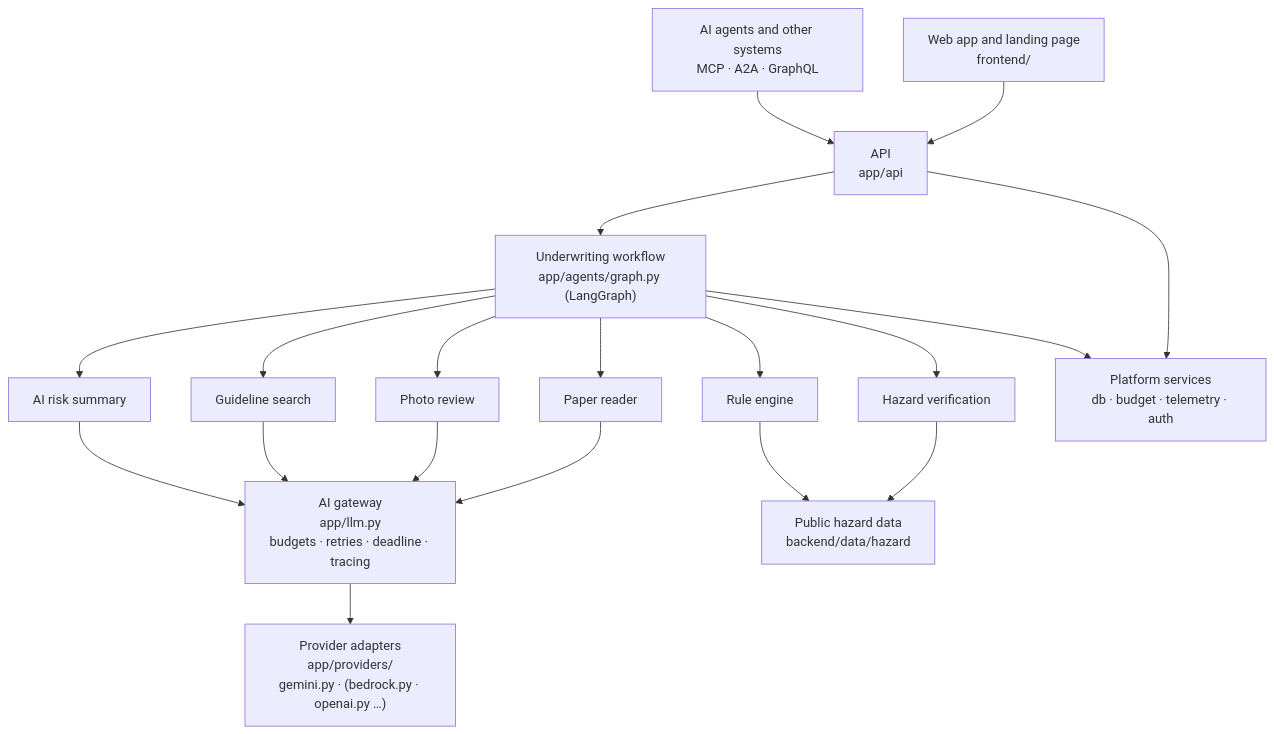
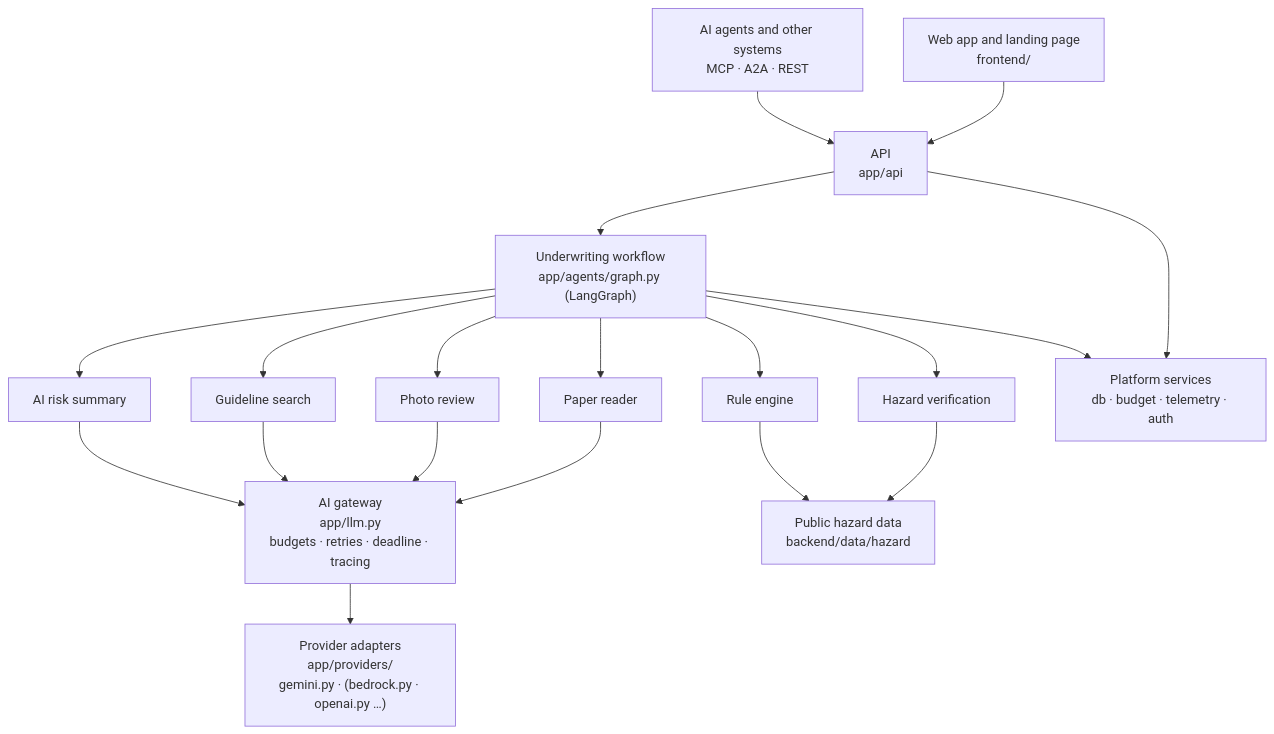
One commit to adikshan11/imaarat-ai changed the first of 2 diagrams in ARCHITECTURE.md. Above: the diagram before and after it, drawn with Mermaid. The commit also changed other lines of this file and 17 other files, not shown here.

Commit message:
Hide contact details, drop GraphQL

````diff
--- a/ARCHITECTURE.md
+++ b/ARCHITECTURE.md
@@ -5,11 +5,11 @@
 ```mermaid
 flowchart TD
     UI["Web app and landing page<br/>frontend/"] --> API
-    Agents["AI agents and other systems<br/>MCP · A2A · GraphQL"] --> API
+    Agents["AI agents and other systems<br/>MCP · A2A · REST"] --> API
     API["API<br/>app/api"] --> WF["Underwriting workflow<br/>app/agents/graph.py (LangGraph)"]
     WF --> C1["Paper reader"] & C2["Hazard verification"] & C3["Rule engine"] & C4["Photo review"] & C5["Guideline search"] & C6["AI risk summary"]
     C1 & C4 & C5 & C6 --> GW["AI gateway<br/>app/llm.py<br/>budgets · retries · deadline · tracing"]
     GW --> P["Provider adapters<br/>app/providers/<br/>gemini.py · (bedrock.py · openai.py …)"]
     C2 & C3 --> DATA["Public hazard data<br/>backend/data/hazard"]
     API & WF --> PLAT["Platform services<br/>db · budget · telemetry · auth"]
 ```
````
